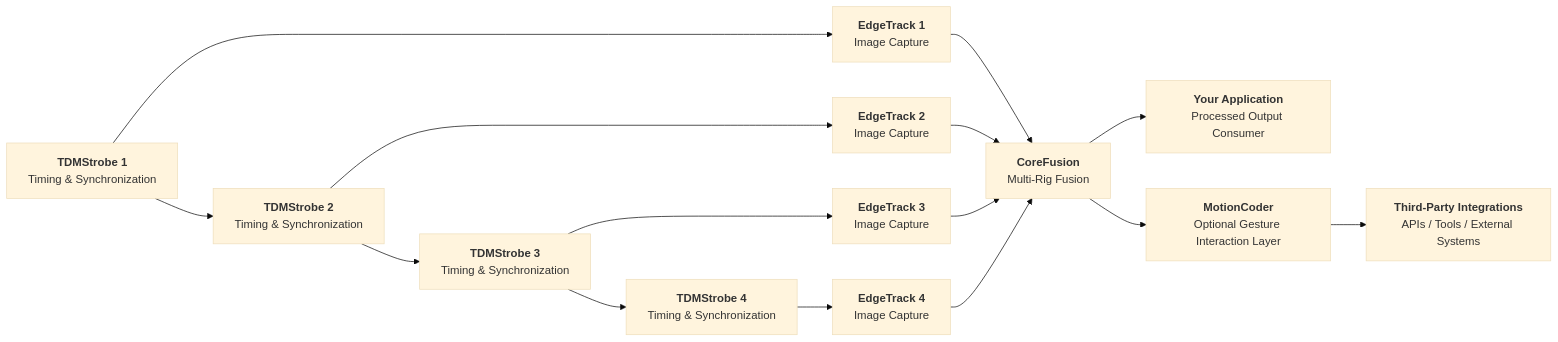
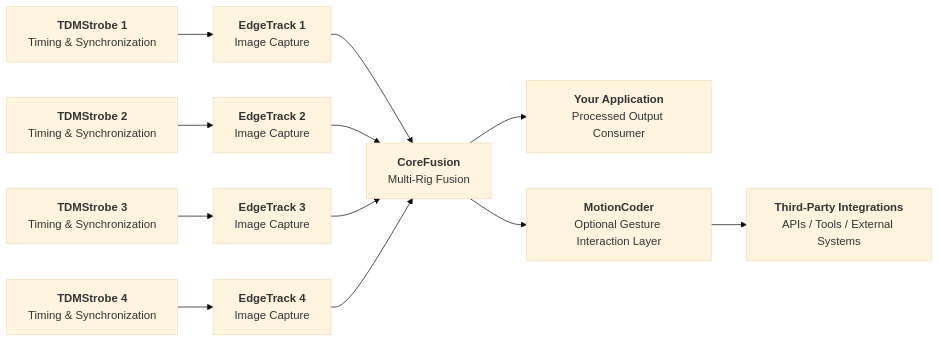
One commit to edgetrackorg/overview changed the second of 3 diagrams in README.md. Above: the diagram before and after it, drawn with Mermaid (base theme).

````diff
--- a/README.md
+++ b/README.md
@@ -68,35 +68,31 @@
 ```mermaid
 flowchart LR
     A1[<strong>TDMStrobe 1</strong><br/>Timing & Synchronization]
     A2[<strong>TDMStrobe 2</strong><br/>Timing & Synchronization]
     A3[<strong>TDMStrobe 3</strong><br/>Timing & Synchronization]
     A4[<strong>TDMStrobe 4</strong><br/>Timing & Synchronization]
 
     B1[<strong>EdgeTrack 1</strong><br/>Image Capture]
     B2[<strong>EdgeTrack 2</strong><br/>Image Capture]
     B3[<strong>EdgeTrack 3</strong><br/>Image Capture]
     B4[<strong>EdgeTrack 4</strong><br/>Image Capture]
 
     C[<strong>CoreFusion</strong><br/>Multi-Rig Fusion]
     D[<strong>Your Application</strong><br/>Processed Output Consumer]
     E[<strong>MotionCoder</strong><br/>Optional Gesture Interaction Layer]
     F[<strong>Third-Party Integrations</strong><br/>APIs / Tools / External Systems]
 
     A1 --> B1
     A2 --> B2
     A3 --> B3
     A4 --> B4
 
-    A1 --> A2
-    A2 --> A3
-    A3 --> A4
-
     B1 --> C
     B2 --> C
     B3 --> C
     B4 --> C
 
     C --> D
     C --> E
     E --> F
 ```
````
